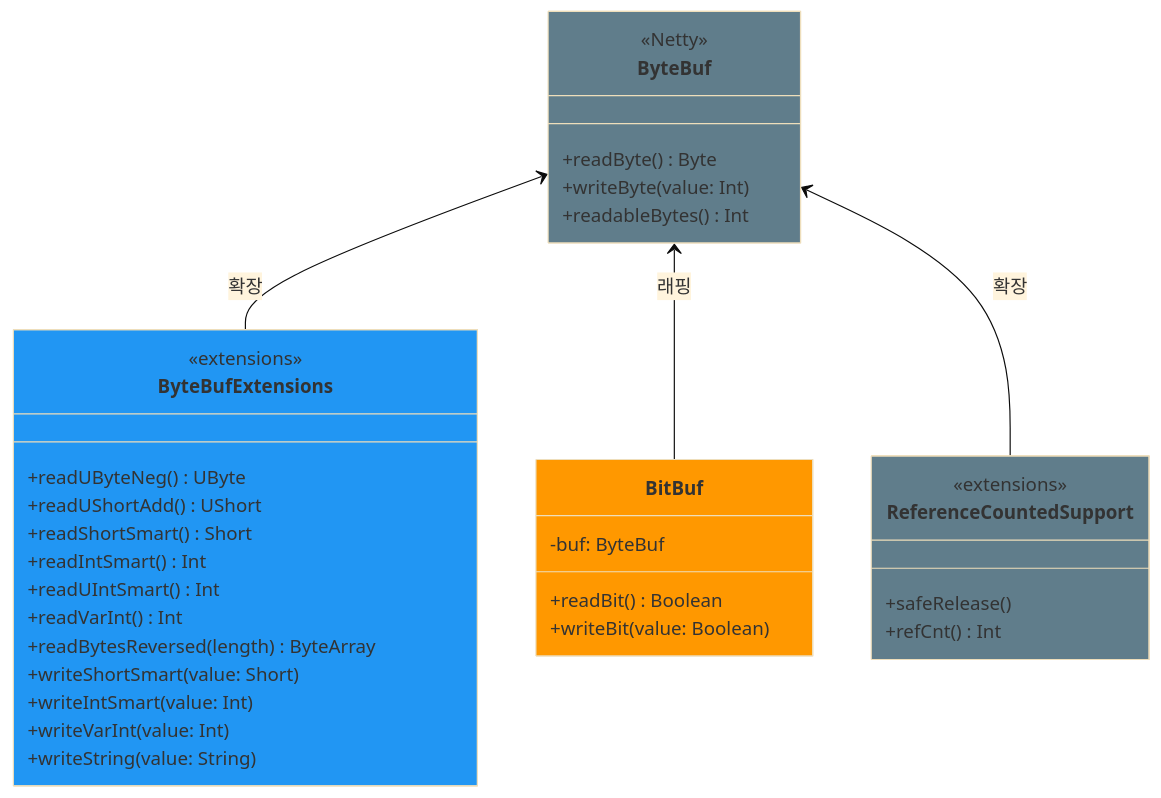
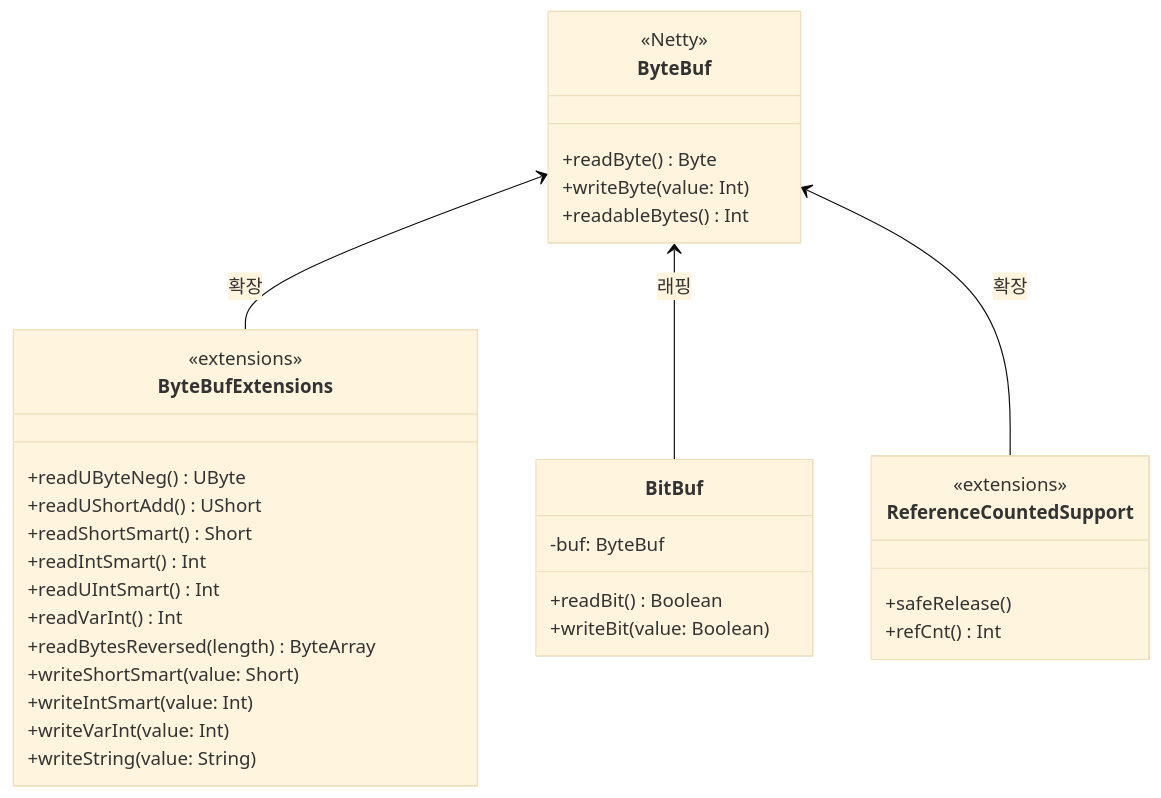
One commit to bluetape4k/bluetape4k-projects changed the first of 3 diagrams in io/netty/README.md. Above: the diagram before and after it, drawn with Mermaid (base theme). The commit also changed other lines of this file and 95 other files, not shown here.

First line of the commit message:
docs: Mermaid 파서 오류 전체 수정 (IntelliJ IDEA 호환)

````diff
--- a/io/netty/README.md
+++ b/io/netty/README.md
@@ -191,44 +191,41 @@
 ```mermaid
 classDiagram
-    class ByteBuf:::infraStyle {
+    class ByteBuf {
         <<Netty>>
         +readByte() Byte
         +writeByte(value: Int)
         +readableBytes() Int
     }
 
-    class ByteBufExtensions:::clientStyle {
+    class ByteBufExtensions {
         <<extensions>>
         +readUByteNeg() UByte
         +readUShortAdd() UShort
         +readShortSmart() Short
         +readIntSmart() Int
         +readUIntSmart() Int
         +readVarInt() Int
         +readBytesReversed(length) ByteArray
         +writeShortSmart(value: Short)
         +writeIntSmart(value: Int)
         +writeVarInt(value: Int)
         +writeString(value: String)
     }
 
-    class BitBuf:::codecStyle {
+    class BitBuf {
         -buf: ByteBuf
         +readBit() Boolean
         +writeBit(value: Boolean)
     }
 
-    class ReferenceCountedSupport:::infraStyle {
+    class ReferenceCountedSupport {
         <<extensions>>
         +safeRelease()
         +refCnt() Int
     }
 
     ByteBuf <-- ByteBufExtensions : 확장
     ByteBuf <-- BitBuf : 래핑
     ByteBuf <-- ReferenceCountedSupport : 확장
 
-    classDef clientStyle fill:#2196F3
-    classDef infraStyle  fill:#607D8B
-    classDef codecStyle  fill:#FF9800
 ```
````
